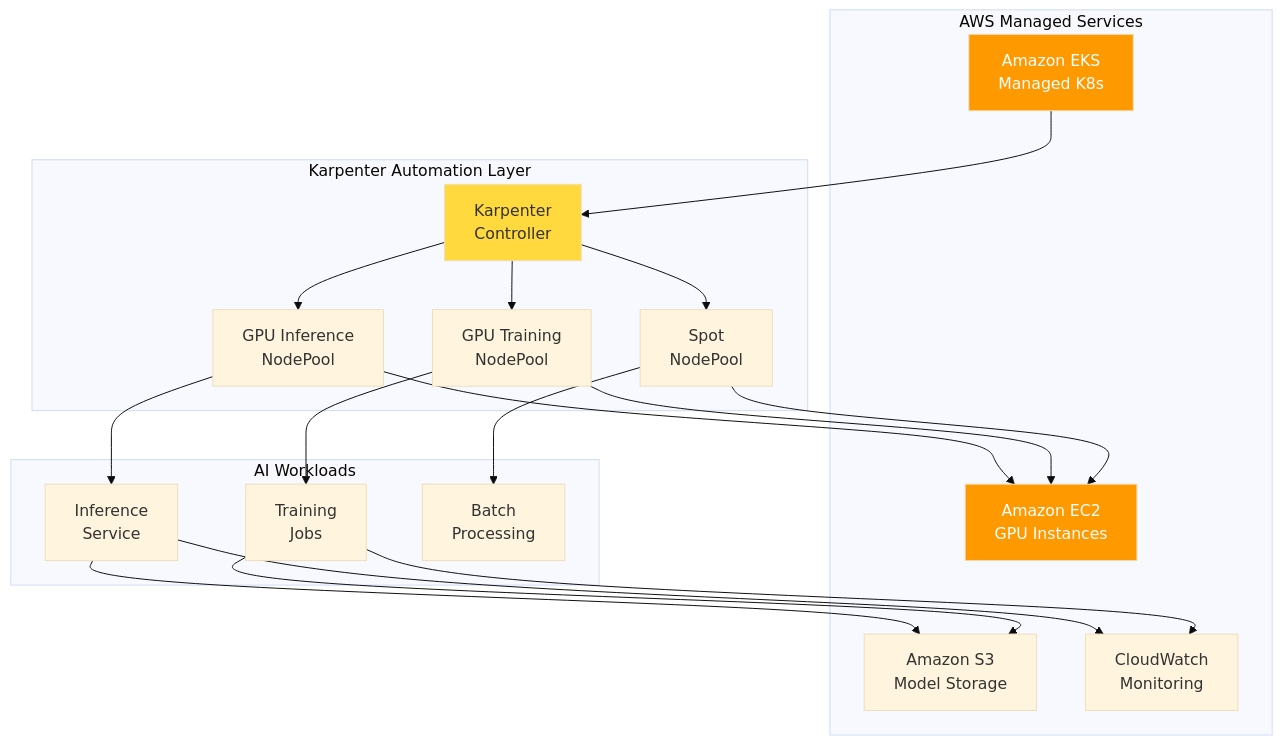
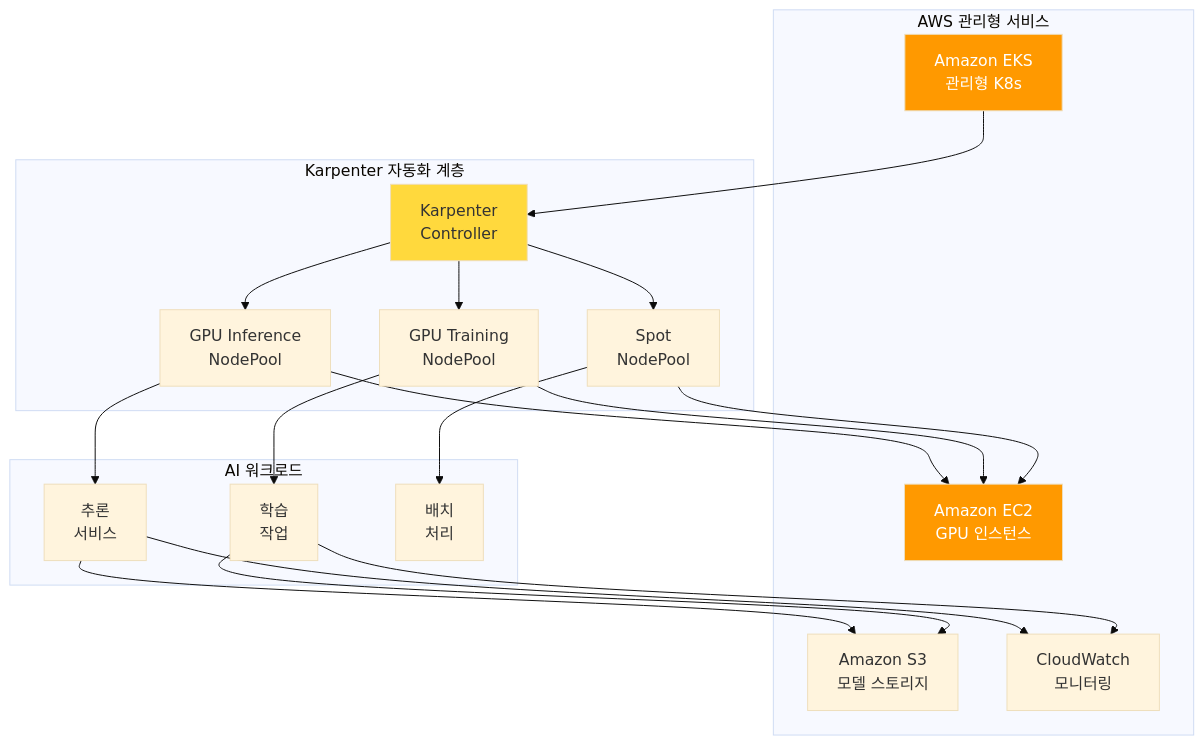
Before and after one commit to devfloor9/engineering-playbook: the third of 11 diagrams in i18n/en/docusaurus-plugin-content-docs/current/agentic-ai-platform/design-architecture/agentic-ai-solutions-eks.md, drawn with Mermaid (base theme). The commit also changed other lines of this file and 6 other files, not shown here.

````diff
--- a/i18n/en/docusaurus-plugin-content-docs/current/agentic-ai-platform/design-architecture/agentic-ai-solutions-eks.md
+++ b/i18n/en/docusaurus-plugin-content-docs/current/agentic-ai-platform/design-architecture/agentic-ai-solutions-eks.md
@@ -174,41 +165,34 @@
 ```mermaid
 flowchart TD
-    subgraph AWS["AWS Managed Services"]
-        EKS["Amazon EKS<br/>Managed K8s"]
-        EC2["Amazon EC2<br/>GPU Instances"]
-        S3["Amazon S3<br/>Model Storage"]
-        CW["CloudWatch<br/>Monitoring"]
+    subgraph AWS["AWS 관리형 서비스"]
+        EKS["Amazon EKS<br/>관리형 K8s"]
+        EC2["Amazon EC2<br/>GPU 인스턴스"]
+        S3["Amazon S3<br/>모델 스토리지"]
+        CW["CloudWatch<br/>모니터링"]
     end
 
-    subgraph KarpenterLayer["Karpenter Automation Layer"]
+    subgraph KarpenterLayer["Karpenter 자동화 계층"]
         KARP["Karpenter<br/>Controller"]
         NP1["GPU Inference<br/>NodePool"]
         NP2["GPU Training<br/>NodePool"]
         NP3["Spot<br/>NodePool"]
     end
 
-    subgraph Workload["AI Workloads"]
-        INF["Inference<br/>Service"]
-        TRAIN["Training<br/>Jobs"]
-        BATCH["Batch<br/>Processing"]
+    subgraph Workload["AI 워크로드"]
+        INF["추론<br/>서비스"]
+        TRAIN["학습<br/>작업"]
+        BATCH["배치<br/>처리"]
     end
 
     EKS --> KARP
-    KARP --> NP1
-    KARP --> NP2
-    KARP --> NP3
-    NP1 --> EC2
-    NP2 --> EC2
-    NP3 --> EC2
+    KARP --> NP1 & NP2 & NP3
+    NP1 & NP2 & NP3 --> EC2
     NP1 --> INF
     NP2 --> TRAIN
     NP3 --> BATCH
-    INF --> S3
-    TRAIN --> S3
-    INF --> CW
-    TRAIN --> CW
+    INF & TRAIN --> S3 & CW
 
     style EKS fill:#ff9900,color:#fff
     style KARP fill:#ffd93d
     style EC2 fill:#ff9900,color:#fff
 ```
````
